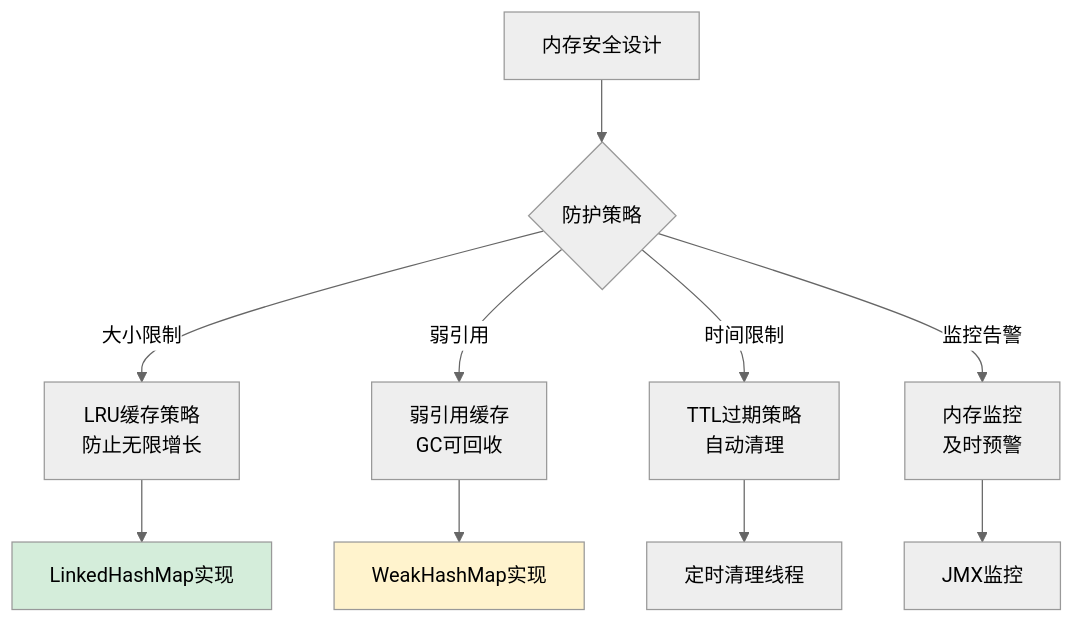
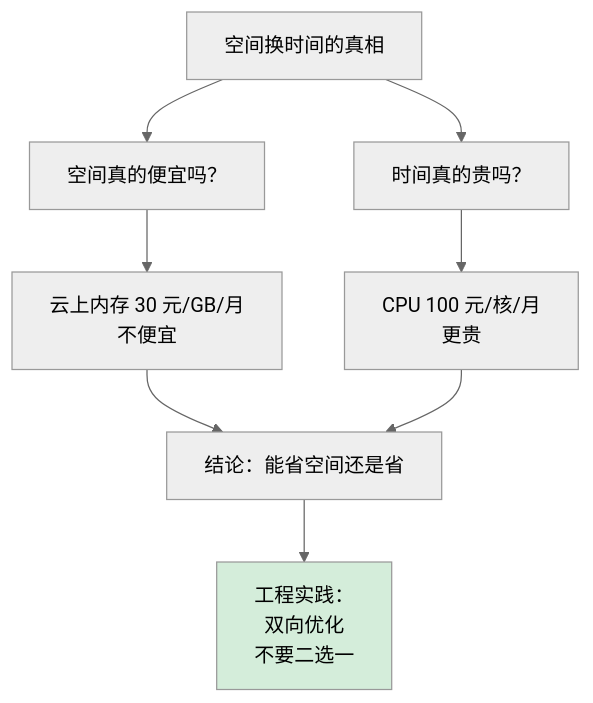
Diagram 13 of 32 in 00.通用技术的提升/02.程序编程原理/01.字符串设计的灵魂.md (chongyang211/YCBookBlog), drawn with Mermaid (neutral theme) before and after one commit. The commit also changed other lines of this file and 6 other files, not shown here.

````diff
--- a/00.通用技术的提升/02.程序编程原理/01.字符串设计的灵魂.md
+++ b/00.通用技术的提升/02.程序编程原理/01.字符串设计的灵魂.md
@@ -516,16 +857,15 @@
 ```mermaid
-flowchart TD
-    A[内存安全设计] --> B{防护策略}
-    B -->|大小限制| C[LRU缓存策略<br/>防止无限增长]
-    B -->|弱引用| D[弱引用缓存<br/>GC可回收]
-    B -->|时间限制| E[TTL过期策略<br/>自动清理]
-    B -->|监控告警| F[内存监控<br/>及时预警]
-    
-    C --> G[LinkedHashMap实现]
-    D --> H[WeakHashMap实现]
-    E --> I[定时清理线程]
-    F --> J[JMX监控]
-    
-    style G fill:#d4edda
-    style H fill:#fff3cd
+graph TB
+    A[空间换时间的真相] --> B[空间真的便宜吗？]
+    A --> C[时间真的贵吗？]
+
+    B --> B1[云上内存 30 元/GB/月<br/>不便宜]
+    C --> C1[CPU 100 元/核/月<br/>更贵]
+
+    B1 --> D[结论：能省空间还是省]
+    C1 --> D
+
+    D --> E[工程实践：<br/>双向优化<br/>不要二选一]
+
+    style E fill:#d4edda
 ```
````
